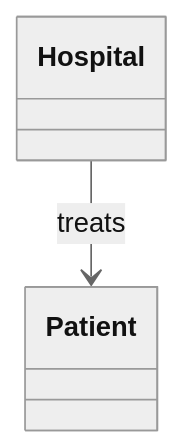
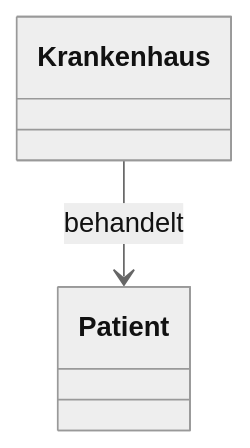
Before and after one commit to HTL-Wolfsberg-Betriebsinformatik/skript: the fourth of 12 diagrams in slides/content/slides/SWP/PR/18_uml-class-diagram.md, drawn with Mermaid (neutral theme). The commit also changed other lines of this file, not shown here.

Commit message:
updated: uml class diagram

````diff
--- a/slides/content/slides/SWP/PR/18_uml-class-diagram.md
+++ b/slides/content/slides/SWP/PR/18_uml-class-diagram.md
@@ -129,10 +210,6 @@
 ```mermaid
 classDiagram
-    class Hospital {
-    }
-
-    class Patient {
-    }
-
-    Hospital --> Patient : treats
+    class Krankenhaus
+    class Patient
+    Krankenhaus --> Patient : behandelt
 ```
````
